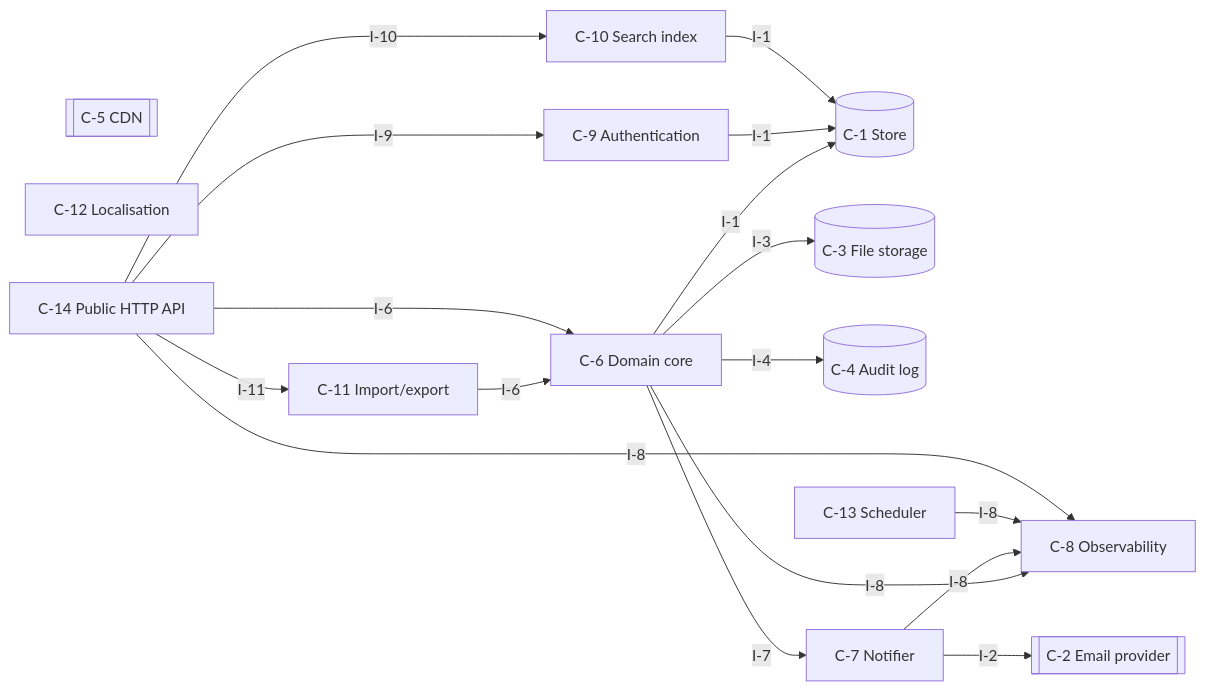
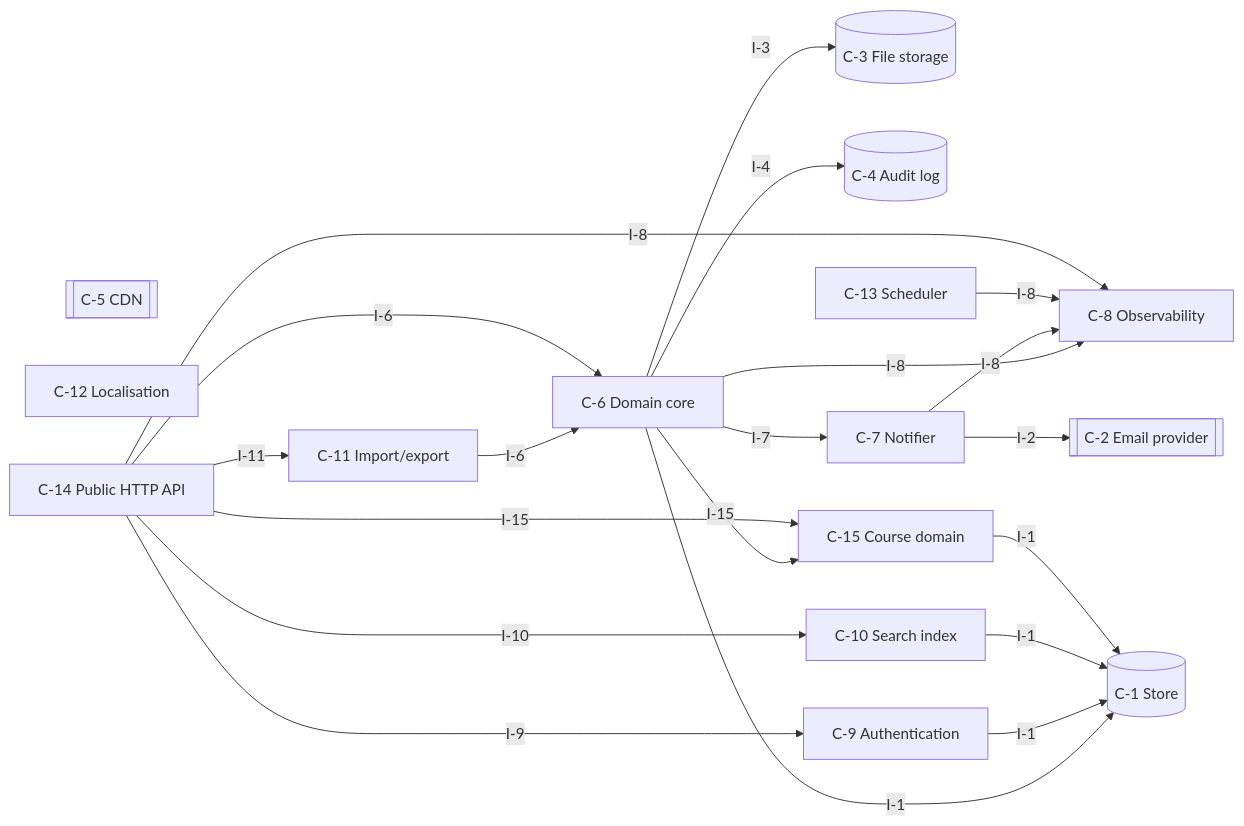
One commit to yui9696/sekkei changed the first of 3 diagrams in examples/eval2/gakushu.DESIGN.md. Above: the diagram before and after it, drawn with Mermaid. The commit also changed other lines of this file and 39 other files, not shown here.

````diff
--- a/examples/eval2/gakushu.DESIGN.md
+++ b/examples/eval2/gakushu.DESIGN.md
@@ -54,33 +54,37 @@
 ```mermaid
 graph LR
   C_1[("C-1 Store")]
   C_2[["C-2 Email provider"]]
   C_3[("C-3 File storage")]
   C_4[("C-4 Audit log")]
   C_5[["C-5 CDN"]]
   C_6["C-6 Domain core"]
   C_7["C-7 Notifier"]
   C_8["C-8 Observability"]
   C_9["C-9 Authentication"]
   C_10["C-10 Search index"]
   C_11["C-11 Import/export"]
   C_12["C-12 Localisation"]
   C_13["C-13 Scheduler"]
   C_14["C-14 Public HTTP API"]
+  C_15["C-15 Course domain"]
   C_6 -->|I-1| C_1
   C_6 -->|I-8| C_8
   C_6 -->|I-3| C_3
   C_6 -->|I-4| C_4
   C_6 -->|I-7| C_7
+  C_6 -->|I-15| C_15
   C_7 -->|I-2| C_2
   C_7 -->|I-8| C_8
   C_9 -->|I-1| C_1
   C_10 -->|I-1| C_1
   C_11 -->|I-6| C_6
   C_13 -->|I-8| C_8
   C_14 -->|I-6| C_6
   C_14 -->|I-8| C_8
   C_14 -->|I-9| C_9
   C_14 -->|I-10| C_10
   C_14 -->|I-11| C_11
+  C_14 -->|I-15| C_15
+  C_15 -->|I-1| C_1
 ```
````
